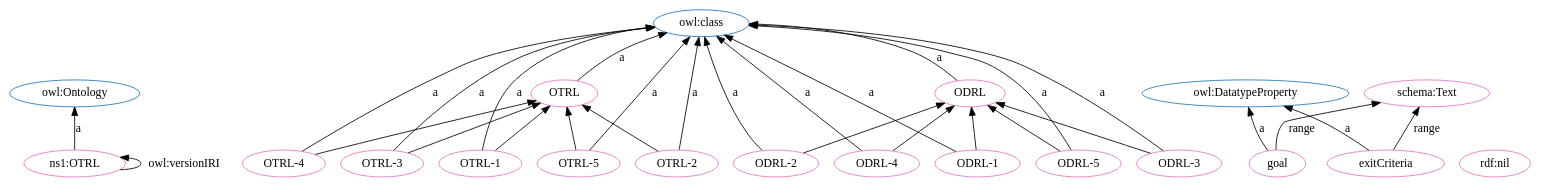
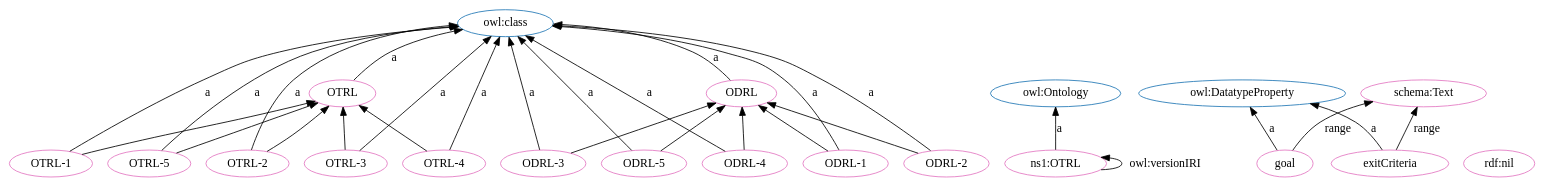
One commit to OPEN-NEXT/OKH-LOSH changed the diagram in OTRL.dot. Above: the diagram before and after it, drawn with Graphviz. The commit also changed other lines of this file and 15 other files, not shown here.

```diff
--- a/OTRL.dot
+++ b/OTRL.dot
@@ -1,54 +1,54 @@
 digraph G {
   rankdir=BT
   node[height=.3]
+"http://purl.org/oseg/ontologies/OTRL#OTRL" [fillcolor="#1f77b4" color="#1f77b4" label="OTRL"]
 "http://www.w3.org/2002/07/owl#Ontology" [fillcolor="#1f77b4" color="#1f77b4" label="owl:Ontology"]
+"http://purl.org/oseg/ontologies/OTRL#ODRL" [fillcolor="#1f77b4" color="#1f77b4" label="ODRL"]
 "http://www.w3.org/2002/07/owl#class" [fillcolor="#1f77b4" color="#1f77b4" label="owl:class"]
-"http://purl.org/oseg/ontologies/OTRL#OTRL" [fillcolor="#1f77b4" color="#1f77b4" label="OTRL"]
-"http://purl.org/oseg/ontologies/OTRL#ODRL" [fillcolor="#1f77b4" color="#1f77b4" label="ODRL"]
 "http://www.w3.org/2002/07/owl#DatatypeProperty" [fillcolor="#1f77b4" color="#1f77b4" label="owl:DatatypeProperty"]
+"http://purl.org/oseg/ontologies/OTRL#OTRL" [fillcolor="#e377c2" color="#e377c2" label="OTRL"]
+"http://purl.org/oseg/ontologies/OTRL#OTRL-5" [fillcolor="#e377c2" color="#e377c2" label="OTRL-5"]
+"http://purl.org/oseg/ontologies/OTRL#goal" [fillcolor="#e377c2" color="#e377c2" label="goal"]
+"http://purl.org/oseg/ontologies/OTRL#ODRL" [fillcolor="#e377c2" color="#e377c2" label="ODRL"]
+"http://www.w3.org/1999/02/22-rdf-syntax-ns#nil" [fillcolor="#e377c2" color="#e377c2" label="rdf:nil"]
+"http://purl.org/oseg/ontologies/OTRL#OTRL-1" [fillcolor="#e377c2" color="#e377c2" label="OTRL-1"]
+"http://purl.org/oseg/ontologies/OTRL#OTRL-2" [fillcolor="#e377c2" color="#e377c2" label="OTRL-2"]
+"http://purl.org/oseg/ontologies/OTRL#ODRL-5" [fillcolor="#e377c2" color="#e377c2" label="ODRL-5"]
+"http://schema.org/Text" [fillcolor="#e377c2" color="#e377c2" label="schema:Text"]
+"http://purl.org/oseg/ontologies/OTRL#OTRL-4" [fillcolor="#e377c2" color="#e377c2" label="OTRL-4"]
+"http://purl.org/oseg/ontologies/OTRL#ODRL-3" [fillcolor="#e377c2" color="#e377c2" label="ODRL-3"]
 "http://purl.org/oseg/ontologies/OTRL#ODRL-4" [fillcolor="#e377c2" color="#e377c2" label="ODRL-4"]
+"http://purl.org/oseg/ontologies/OTRL" [fillcolor="#e377c2" color="#e377c2" label="ns1:OTRL"]
+"http://purl.org/oseg/ontologies/OTRL#ODRL-2" [fillcolor="#e377c2" color="#e377c2" label="ODRL-2"]
+"http://purl.org/oseg/ontologies/OTRL#ODRL-1" [fillcolor="#e377c2" color="#e377c2" label="ODRL-1"]
+"http://purl.org/oseg/ontologies/OTRL#exitCriteria" [fillcolor="#e377c2" color="#e377c2" label="exitCriteria"]
 "http://purl.org/oseg/ontologies/OTRL#OTRL-3" [fillcolor="#e377c2" color="#e377c2" label="OTRL-3"]
-"http://www.w3.org/1999/02/22-rdf-syntax-ns#nil" [fillcolor="#e377c2" color="#e377c2" label="rdf:nil"]
-"http://purl.org/oseg/ontologies/OTRL" [fillcolor="#e377c2" color="#e377c2" label="ns1:OTRL"]
-"http://purl.org/oseg/ontologies/OTRL#OTRL-4" [fillcolor="#e377c2" color="#e377c2" label="OTRL-4"]
-"http://purl.org/oseg/ontologies/OTRL#OTRL" [fillcolor="#e377c2" color="#e377c2" label="OTRL"]
-"http://purl.org/oseg/ontologies/OTRL#ODRL" [fillcolor="#e377c2" color="#e377c2" label="ODRL"]
-"http://purl.org/oseg/ontologies/OTRL#ODRL-2" [fillcolor="#e377c2" color="#e377c2" label="ODRL-2"]
-"http://purl.org/oseg/ontologies/OTRL#OTRL-1" [fillcolor="#e377c2" color="#e377c2" label="OTRL-1"]
-"http://purl.org/oseg/ontologies/OTRL#goal" [fillcolor="#e377c2" color="#e377c2" label="goal"]
-"http://schema.org/Text" [fillcolor="#e377c2" color="#e377c2" label="schema:Text"]
-"http://purl.org/oseg/ontologies/OTRL#exitCriteria" [fillcolor="#e377c2" color="#e377c2" label="exitCriteria"]
-"http://purl.org/oseg/ontologies/OTRL#ODRL-1" [fillcolor="#e377c2" color="#e377c2" label="ODRL-1"]
-"http://purl.org/oseg/ontologies/OTRL#ODRL-3" [fillcolor="#e377c2" color="#e377c2" label="ODRL-3"]
-"http://purl.org/oseg/ontologies/OTRL#OTRL-2" [fillcolor="#e377c2" color="#e377c2" label="OTRL-2"]
-"http://purl.org/oseg/ontologies/OTRL#OTRL-5" [fillcolor="#e377c2" color="#e377c2" label="OTRL-5"]
-"http://purl.org/oseg/ontologies/OTRL#ODRL-5" [fillcolor="#e377c2" color="#e377c2" label="ODRL-5"]
+  "http://purl.org/oseg/ontologies/OTRL#OTRL-5" -> "http://www.w3.org/2002/07/owl#class" [label="a"]
+  "http://purl.org/oseg/ontologies/OTRL#OTRL-3" -> "http://purl.org/oseg/ontologies/OTRL#OTRL" [label=""]
+  "http://purl.org/oseg/ontologies/OTRL#OTRL-1" -> "http://www.w3.org/2002/07/owl#class" [label="a"]
+  "http://purl.org/oseg/ontologies/OTRL#OTRL-2" -> "http://www.w3.org/2002/07/owl#class" [label="a"]
+  "http://purl.org/oseg/ontologies/OTRL#goal" -> "http://schema.org/Text" [label="range"]
+  "http://purl.org/oseg/ontologies/OTRL#exitCriteria" -> "http://schema.org/Text" [label="range"]
+  "http://purl.org/oseg/ontologies/OTRL#ODRL-2" -> "http://www.w3.org/2002/07/owl#class" [label="a"]
+  "http://purl.org/oseg/ontologies/OTRL#ODRL-1" -> "http://www.w3.org/2002/07/owl#class" [label="a"]
+  "http://purl.org/oseg/ontologies/OTRL#ODRL-2" -> "http://purl.org/oseg/ontologies/OTRL#ODRL" [label=""]
+  "http://purl.org/oseg/ontologies/OTRL#OTRL-1" -> "http://purl.org/oseg/ontologies/OTRL#OTRL" [label=""]
+  "http://purl.org/oseg/ontologies/OTRL#goal" -> "http://www.w3.org/2002/07/owl#DatatypeProperty" [label="a"]
+  "http://purl.org/oseg/ontologies/OTRL#ODRL" -> "http://www.w3.org/2002/07/owl#class" [label="a"]
+  "http://purl.org/oseg/ontologies/OTRL#ODRL-3" -> "http://purl.org/oseg/ontologies/OTRL#ODRL" [label=""]
+  "http://purl.org/oseg/ontologies/OTRL#OTRL-4" -> "http://purl.org/oseg/ontologies/OTRL#OTRL" [label=""]
+  "http://purl.org/oseg/ontologies/OTRL#OTRL" -> "http://www.w3.org/2002/07/owl#class" [label="a"]
+  "http://purl.org/oseg/ontologies/OTRL#ODRL-1" -> "http://purl.org/oseg/ontologies/OTRL#ODRL" [label=""]
+  "http://purl.org/oseg/ontologies/OTRL#ODRL-5" -> "http://www.w3.org/2002/07/owl#class" [label="a"]
+  "http://purl.org/oseg/ontologies/OTRL#OTRL-2" -> "http://purl.org/oseg/ontologies/OTRL#OTRL" [label=""]
+  "http://purl.org/oseg/ontologies/OTRL#ODRL-5" -> "http://purl.org/oseg/ontologies/OTRL#ODRL" [label=""]
+  "http://purl.org/oseg/ontologies/OTRL#OTRL-5" -> "http://purl.org/oseg/ontologies/OTRL#OTRL" [label=""]
+  "http://purl.org/oseg/ontologies/OTRL#OTRL-4" -> "http://www.w3.org/2002/07/owl#class" [label="a"]
+  "http://purl.org/oseg/ontologies/OTRL#ODRL-3" -> "http://www.w3.org/2002/07/owl#class" [label="a"]
   "http://purl.org/oseg/ontologies/OTRL#ODRL-4" -> "http://www.w3.org/2002/07/owl#class" [label="a"]
+  "http://purl.org/oseg/ontologies/OTRL" -> "http://www.w3.org/2002/07/owl#Ontology" [label="a"]
+  "http://purl.org/oseg/ontologies/OTRL#ODRL-4" -> "http://purl.org/oseg/ontologies/OTRL#ODRL" [label=""]
+  "http://purl.org/oseg/ontologies/OTRL#exitCriteria" -> "http://www.w3.org/2002/07/owl#DatatypeProperty" [label="a"]
+  "http://purl.org/oseg/ontologies/OTRL" -> "http://purl.org/oseg/ontologies/OTRL" [label="owl:versionIRI"]
   "http://purl.org/oseg/ontologies/OTRL#OTRL-3" -> "http://www.w3.org/2002/07/owl#class" [label="a"]
-  "http://purl.org/oseg/ontologies/OTRL#OTRL" -> "http://www.w3.org/2002/07/owl#class" [label="a"]
-  "http://purl.org/oseg/ontologies/OTRL#ODRL-2" -> "http://www.w3.org/2002/07/owl#class" [label="a"]
-  "http://purl.org/oseg/ontologies/OTRL#ODRL-1" -> "http://purl.org/oseg/ontologies/OTRL#ODRL" [label=""]
-  "http://purl.org/oseg/ontologies/OTRL#OTRL-1" -> "http://www.w3.org/2002/07/owl#class" [label="a"]
-  "http://purl.org/oseg/ontologies/OTRL#ODRL-3" -> "http://purl.org/oseg/ontologies/OTRL#ODRL" [label=""]
-  "http://purl.org/oseg/ontologies/OTRL#OTRL-3" -> "http://purl.org/oseg/ontologies/OTRL#OTRL" [label=""]
-  "http://purl.org/oseg/ontologies/OTRL#exitCriteria" -> "http://www.w3.org/2002/07/owl#DatatypeProperty" [label="a"]
-  "http://purl.org/oseg/ontologies/OTRL#exitCriteria" -> "http://schema.org/Text" [label="range"]
-  "http://purl.org/oseg/ontologies/OTRL#OTRL-2" -> "http://purl.org/oseg/ontologies/OTRL#OTRL" [label=""]
-  "http://purl.org/oseg/ontologies/OTRL#ODRL-1" -> "http://www.w3.org/2002/07/owl#class" [label="a"]
-  "http://purl.org/oseg/ontologies/OTRL#ODRL-3" -> "http://www.w3.org/2002/07/owl#class" [label="a"]
-  "http://purl.org/oseg/ontologies/OTRL#OTRL-2" -> "http://www.w3.org/2002/07/owl#class" [label="a"]
-  "http://purl.org/oseg/ontologies/OTRL#OTRL-1" -> "http://purl.org/oseg/ontologies/OTRL#OTRL" [label=""]
-  "http://purl.org/oseg/ontologies/OTRL#ODRL" -> "http://www.w3.org/2002/07/owl#class" [label="a"]
-  "http://purl.org/oseg/ontologies/OTRL#ODRL-5" -> "http://www.w3.org/2002/07/owl#class" [label="a"]
-  "http://purl.org/oseg/ontologies/OTRL#ODRL-5" -> "http://purl.org/oseg/ontologies/OTRL#ODRL" [label=""]
-  "http://purl.org/oseg/ontologies/OTRL" -> "http://purl.org/oseg/ontologies/OTRL" [label="owl:versionIRI"]
-  "http://purl.org/oseg/ontologies/OTRL#OTRL-4" -> "http://www.w3.org/2002/07/owl#class" [label="a"]
-  "http://purl.org/oseg/ontologies/OTRL#OTRL-4" -> "http://purl.org/oseg/ontologies/OTRL#OTRL" [label=""]
-  "http://purl.org/oseg/ontologies/OTRL#goal" -> "http://www.w3.org/2002/07/owl#DatatypeProperty" [label="a"]
-  "http://purl.org/oseg/ontologies/OTRL#goal" -> "http://schema.org/Text" [label="range"]
-  "http://purl.org/oseg/ontologies/OTRL#ODRL-4" -> "http://purl.org/oseg/ontologies/OTRL#ODRL" [label=""]
-  "http://purl.org/oseg/ontologies/OTRL" -> "http://www.w3.org/2002/07/owl#Ontology" [label="a"]
-  "http://purl.org/oseg/ontologies/OTRL#ODRL-2" -> "http://purl.org/oseg/ontologies/OTRL#ODRL" [label=""]
-  "http://purl.org/oseg/ontologies/OTRL#OTRL-5" -> "http://www.w3.org/2002/07/owl#class" [label="a"]
-  "http://purl.org/oseg/ontologies/OTRL#OTRL-5" -> "http://purl.org/oseg/ontologies/OTRL#OTRL" [label=""]
 }
```
